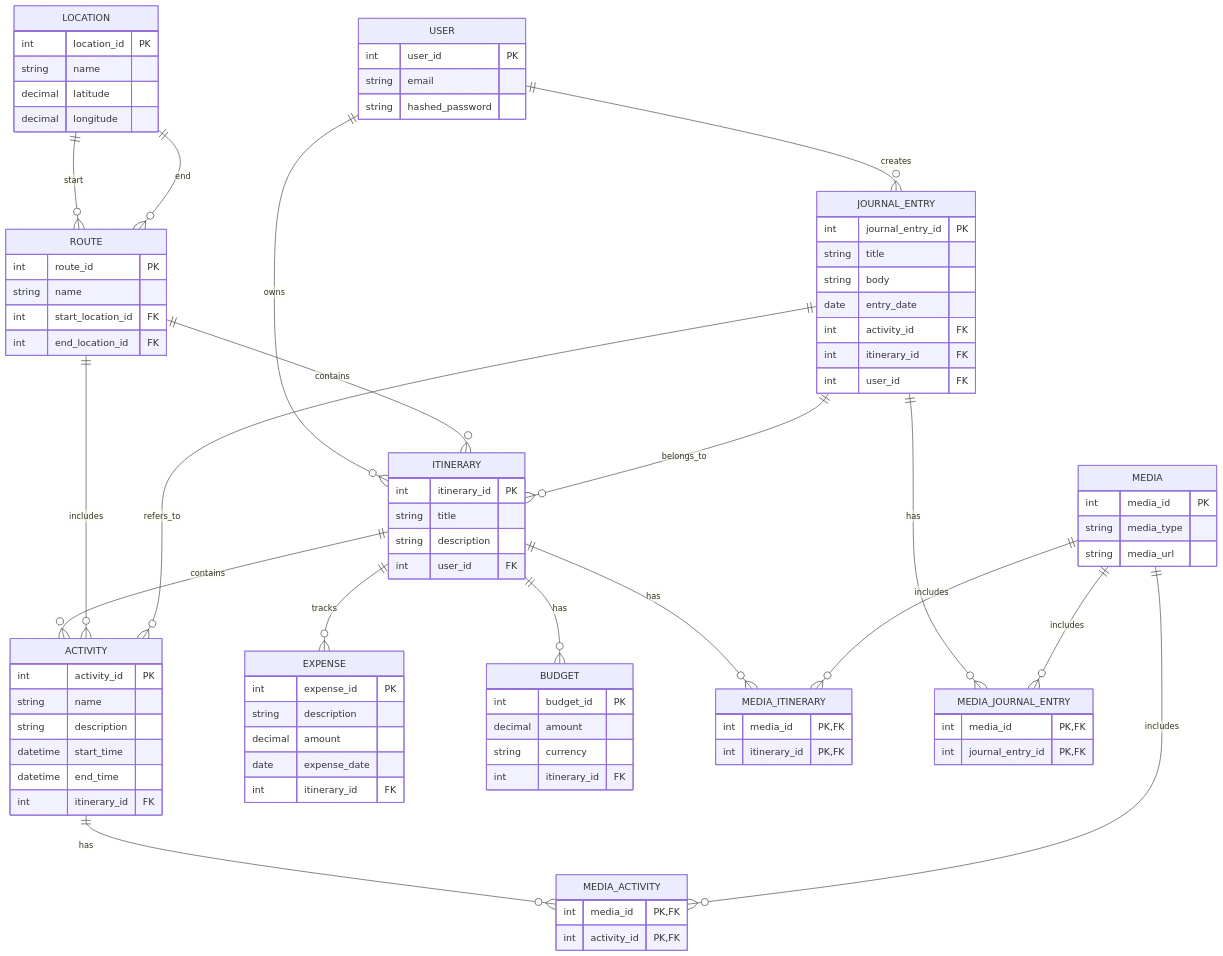
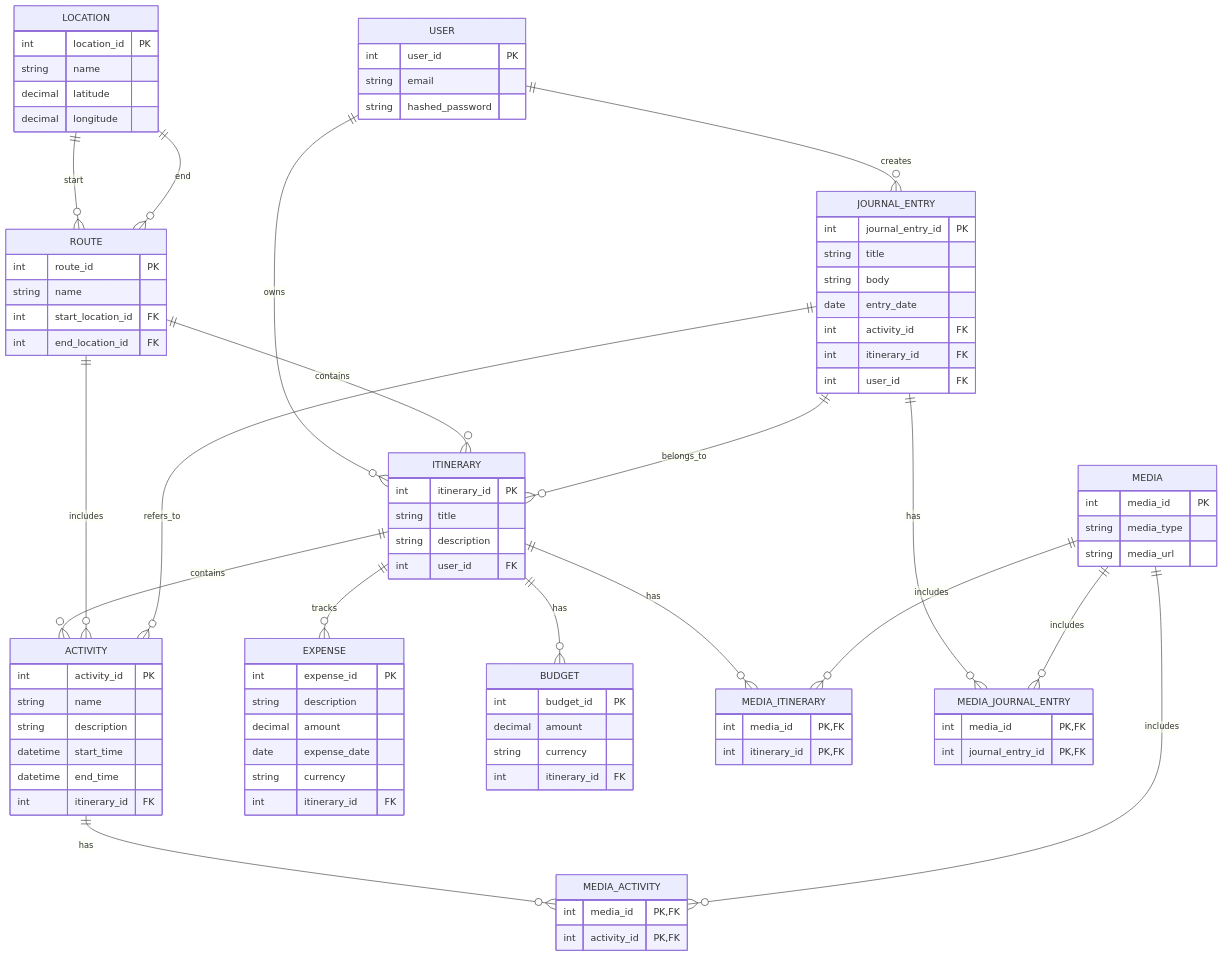
Before and after one commit to jarlah/JourniPlan: the diagram in README.md, drawn with Mermaid.

Commit message:
expense currency

```diff
--- a/README.md
+++ b/README.md
@@ -54,6 +54,7 @@
         string description
         decimal amount
         date expense_date
+        string currency
         int itinerary_id FK
     }
     BUDGET {
```
